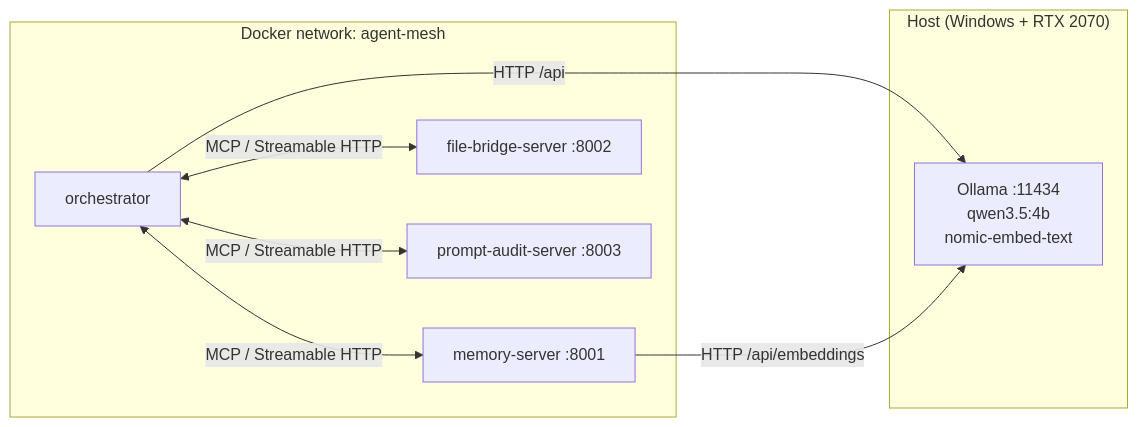
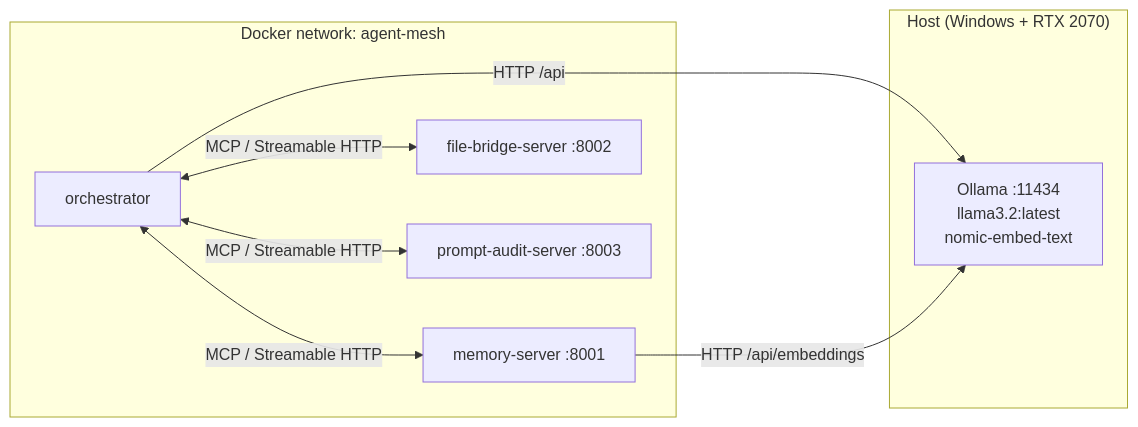
One commit to ThirtyNimrod/agent-mesh changed the first of 5 diagrams in docs/design/ARCHITECTURE.md. Above: the diagram before and after it, drawn with Mermaid. The commit also changed other lines of this file and 22 other files, not shown here.

````diff
--- a/docs/design/ARCHITECTURE.md
+++ b/docs/design/ARCHITECTURE.md
@@ -11,17 +11,17 @@
 ```mermaid
 flowchart LR
     subgraph host["Host (Windows + RTX 2070)"]
-        OL["Ollama :11434<br/>qwen3.5:4b<br/>nomic-embed-text"]
+        OL["Ollama :11434<br/>llama3.2:latest<br/>nomic-embed-text"]
     end
     subgraph net["Docker network: agent-mesh"]
         O["orchestrator"]
         M["memory-server :8001"]
         F["file-bridge-server :8002"]
         A["prompt-audit-server :8003"]
     end
     O <-->|MCP / Streamable HTTP| M
     O <-->|MCP / Streamable HTTP| F
     O <-->|MCP / Streamable HTTP| A
     O -->|HTTP /api| OL
     M -->|HTTP /api/embeddings| OL
 ```
````
